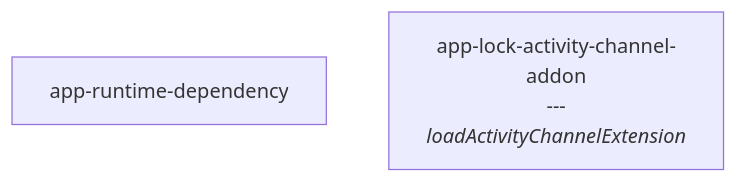
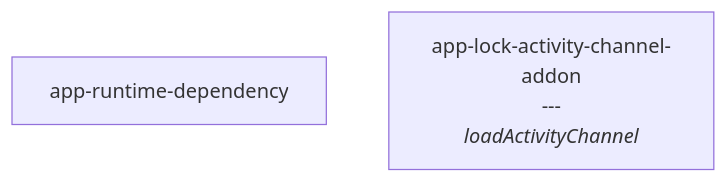
Before and after one commit to input-output-hk/lace: the tenth of 34 diagrams in docs/contracts-and-modules.md, drawn with Mermaid. The commit also changed other lines of this file and 80 other files, not shown here.

````diff
--- a/docs/contracts-and-modules.md
+++ b/docs/contracts-and-modules.md
@@ -132,5 +132,5 @@
 ```mermaid
 graph TD
   app-runtime-dependency["app-runtime-dependency"]
-  app-lock-activity-channel-addon["app-lock-activity-channel-addon<br/>---<br/><i>loadActivityChannelExtension</i>"]
+  app-lock-activity-channel-addon["app-lock-activity-channel-addon<br/>---<br/><i>loadActivityChannel</i>"]
 ```
````
